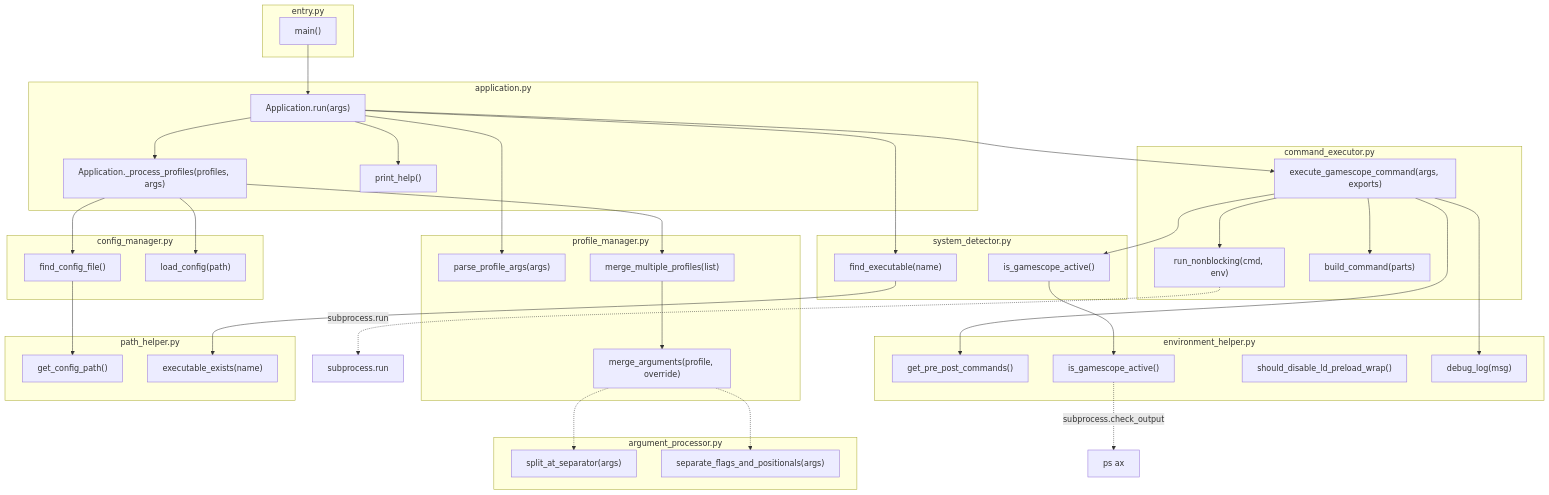
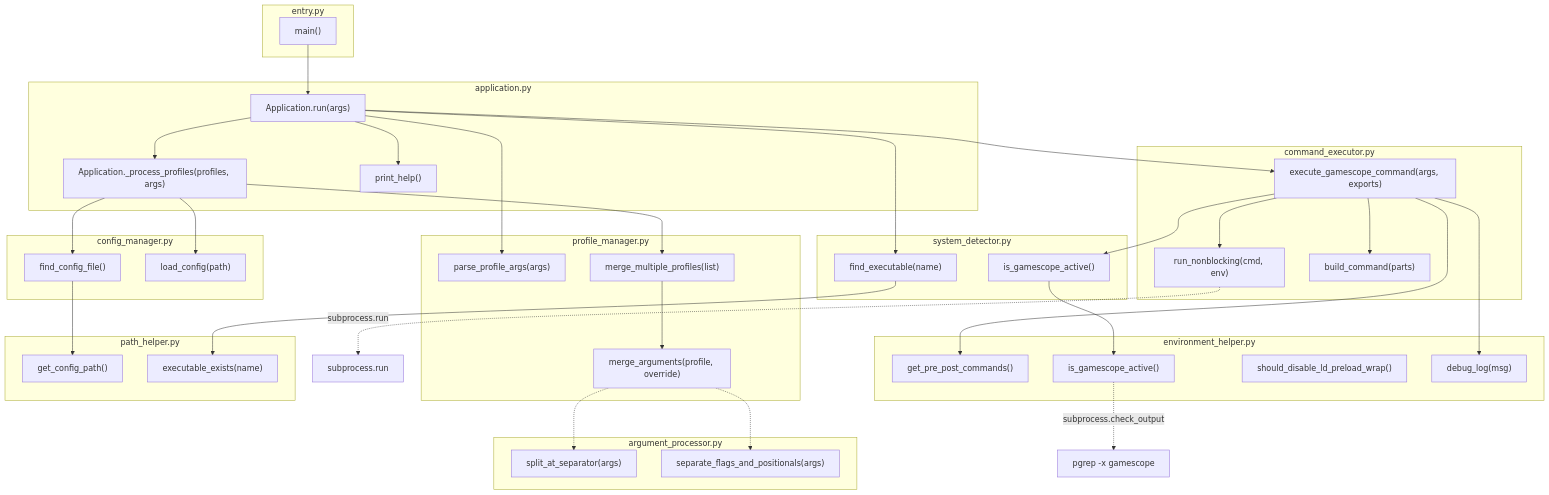
Before and after one commit to WombatFromHell/neoscopebuddy: the second of 6 diagrams in DESIGN.md, drawn with Mermaid. The commit also changed other lines of this file and 8 other files, not shown here.

````diff
--- a/DESIGN.md
+++ b/DESIGN.md
@@ -84,79 +85,79 @@
 ```mermaid
 graph TD
     subgraph "entry.py"
         A["main()"]
     end
 
     subgraph "application.py"
         B["Application.run(args)"]
         C["Application._process_profiles(profiles, args)"]
         D["print_help()"]
     end
 
     subgraph "profile_manager.py"
         E["parse_profile_args(args)"]
         F["merge_multiple_profiles(list)"]
         G["merge_arguments(profile, override)"]
     end
 
     subgraph "argument_processor.py"
         H["split_at_separator(args)"]
         I["separate_flags_and_positionals(args)"]
     end
 
     subgraph "config_manager.py"
         J["find_config_file()"]
         K["load_config(path)"]
     end
 
     subgraph "command_executor.py"
         L["execute_gamescope_command(args, exports)"]
         M["run_nonblocking(cmd, env)"]
         N["build_command(parts)"]
     end
 
     subgraph "system_detector.py"
         O["find_executable(name)"]
         P["is_gamescope_active()"]
     end
 
     subgraph "environment_helper.py"
         Q["get_pre_post_commands()"]
         R["is_gamescope_active()"]
         S["should_disable_ld_preload_wrap()"]
         T["debug_log(msg)"]
     end
 
     subgraph "path_helper.py"
         U["get_config_path()"]
         V["executable_exists(name)"]
     end
 
     A --> B
     B --> D
     B --> O
     B --> E
     B --> C
     B --> L
 
     C --> J
     C --> K
     C --> F
 
     F --> G
     G -.-> H
     G -.-> I
 
     L --> Q
     L --> P
     L --> N
     L --> M
     L --> T
 
     J --> U
     O --> V
     P --> R
 
     M -. "subprocess.run" .-> M2["subprocess.run"]
-    R -. "subprocess.check_output" .-> R2["ps ax"]
+    R -. "subprocess.check_output" .-> R2["pgrep -x gamescope"]
 ```
````
